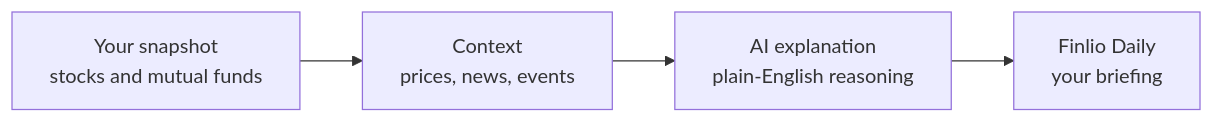
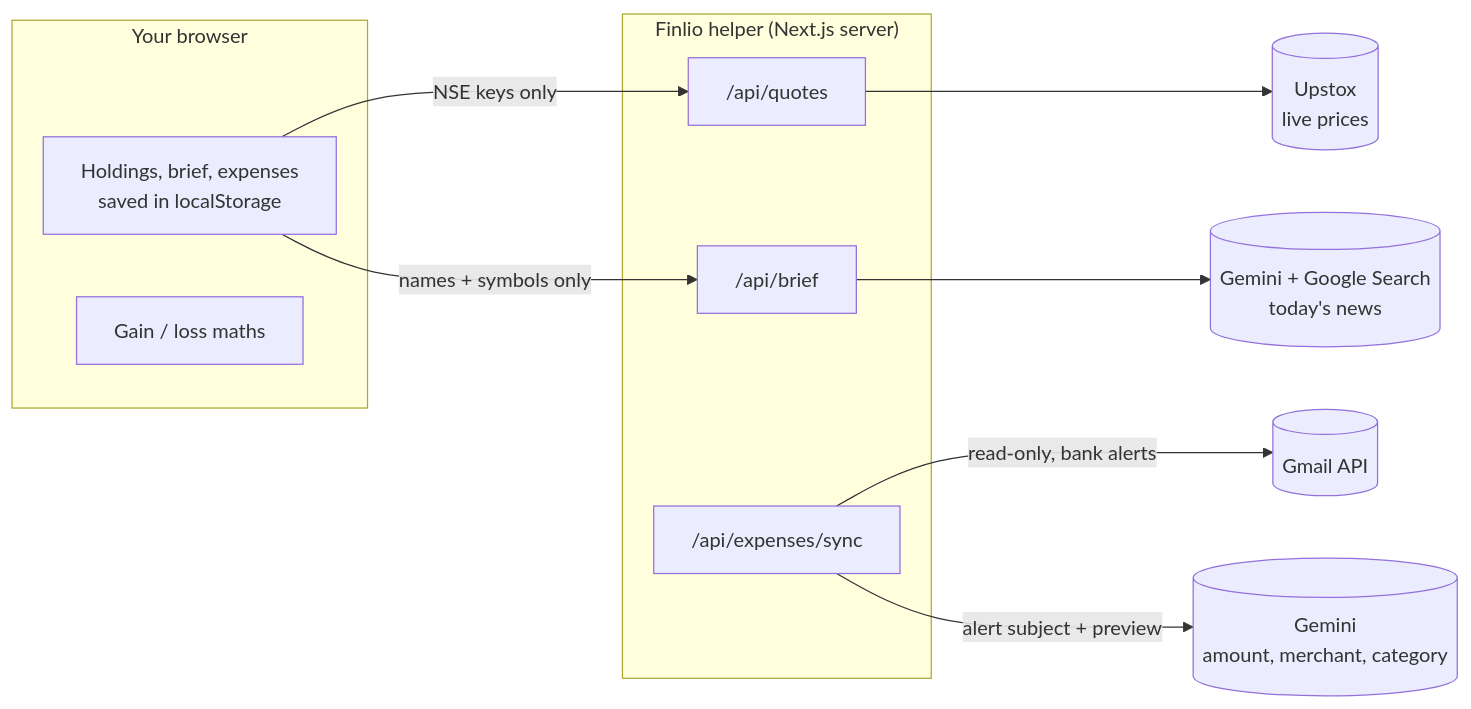
The diagram in README.md (Gokulakrishnxn/finlio), drawn with Mermaid before and after one commit. The commit also changed other lines of this file, not shown here.

Commit message:
Write README with setup, architecture, and prior work

````diff
--- a/README.md
+++ b/README.md
@@ -32,6 +36,16 @@
 ```mermaid
 flowchart LR
-    A[Your snapshot<br/>stocks and mutual funds] --> B[Context<br/>prices, news, events]
-    B --> C[AI explanation<br/>plain-English reasoning]
-    C --> D[Finlio Daily<br/>your briefing]
+    subgraph Browser["Your browser"]
+      H[Holdings, brief, expenses<br/>saved in localStorage]
+      M[Gain / loss maths]
+    end
+    subgraph Helper["Finlio helper (Next.js server)"]
+      Q["/api/quotes"]
+      B["/api/brief"]
+      E["/api/expenses/sync"]
+    end
+    H -- "NSE keys only" --> Q --> U[(Upstox<br/>live prices)]
+    H -- "names + symbols only" --> B --> G[(Gemini + Google Search<br/>today's news)]
+    E -- "read-only, bank alerts" --> GM[(Gmail API)]
+    E -- "alert subject + preview" --> G2[(Gemini<br/>amount, merchant, category)]
 ```
````
